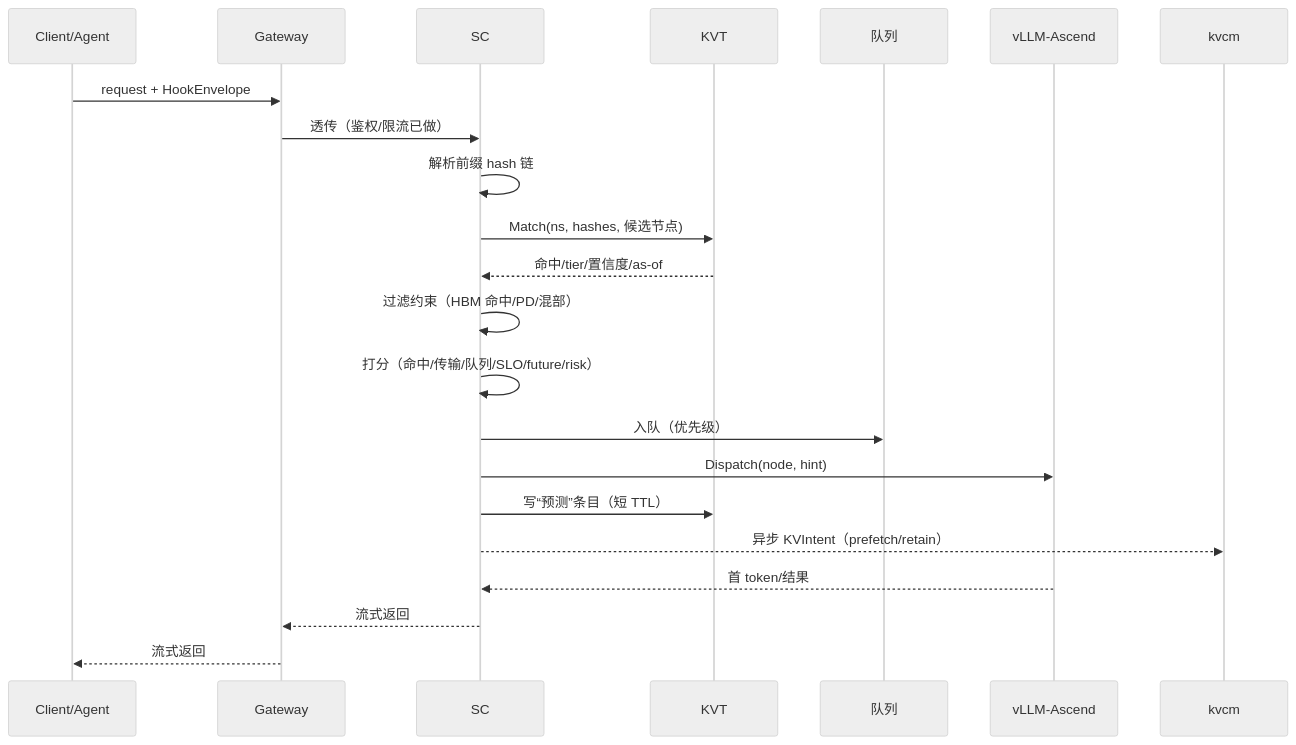
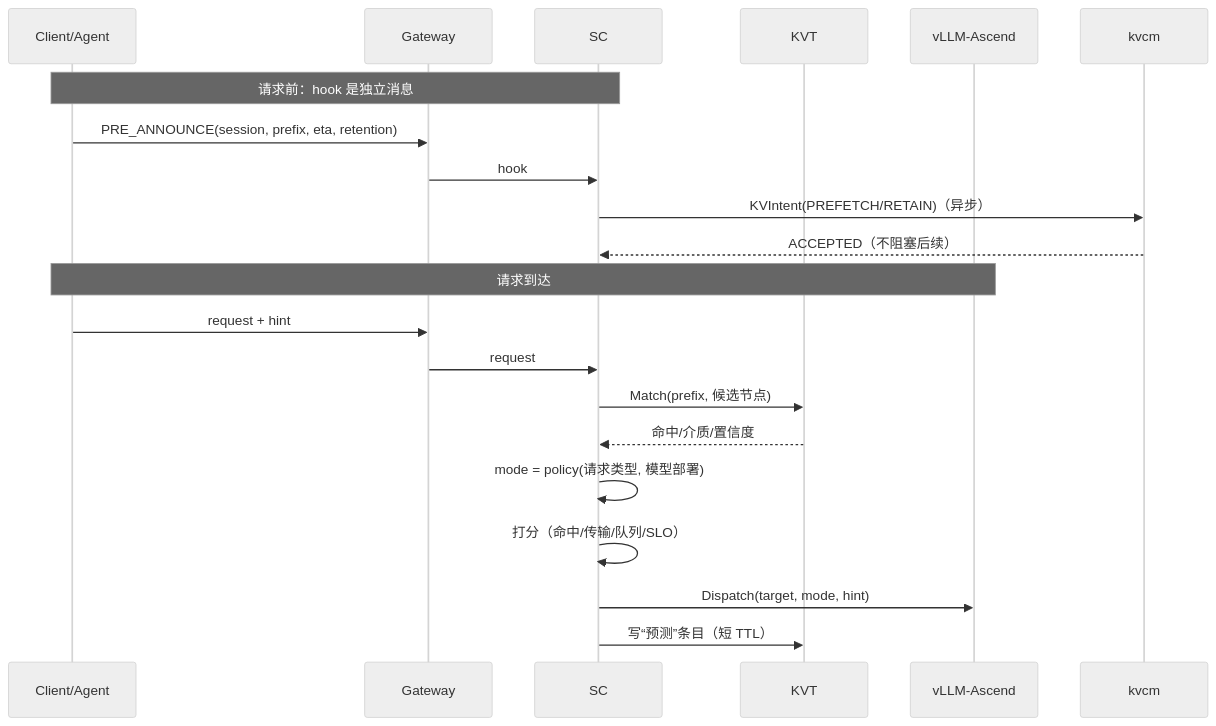
The first of 9 diagrams in kvcm/design/D8b-scheduling-sequences.md (5x8-40/lake), drawn with Mermaid (neutral theme) before and after one commit. The commit also changed other lines of this file, not shown here.

````diff
--- a/kvcm/design/D8b-scheduling-sequences.md
+++ b/kvcm/design/D8b-scheduling-sequences.md
@@ -14,25 +24,25 @@
 ```mermaid
 sequenceDiagram
     participant C as Client/Agent
     participant G as Gateway
     participant R as SC
     participant KVT as KVT
-    participant Q as 队列
     participant W as vLLM-Ascend
     participant K as kvcm
 
-    C->>G: request + HookEnvelope
-    G->>R: 透传（鉴权/限流已做）
-    R->>R: 解析前缀 hash 链
-    R->>KVT: Match(ns, hashes, 候选节点)
-    KVT-->>R: 命中/tier/置信度/as-of
-    R->>R: 过滤约束（HBM 命中/PD/混部）
-    R->>R: 打分（命中/传输/队列/SLO/future/risk）
-    R->>Q: 入队（优先级）
-    R->>W: Dispatch(node, hint)
+    Note over C,R: 请求前：hook 是独立消息
+    C->>G: PRE_ANNOUNCE(session, prefix, eta, retention)
+    G->>R: hook
+    R->>K: KVIntent(PREFETCH/RETAIN)（异步）
+    K-->>R: ACCEPTED（不阻塞后续）
+
+    Note over C,W: 请求到达
+    C->>G: request + hint
+    G->>R: request
+    R->>KVT: Match(prefix, 候选节点)
+    KVT-->>R: 命中/介质/置信度
+    R->>R: mode = policy(请求类型, 模型部署)
+    R->>R: 打分（命中/传输/队列/SLO）
+    R->>W: Dispatch(target, mode, hint)
     R->>KVT: 写“预测”条目（短 TTL）
-    R-->>K: 异步 KVIntent（prefetch/retain）
-    W-->>R: 首 token/结果
-    R-->>G: 流式返回
-    G-->>C: 流式返回
 ```
````
